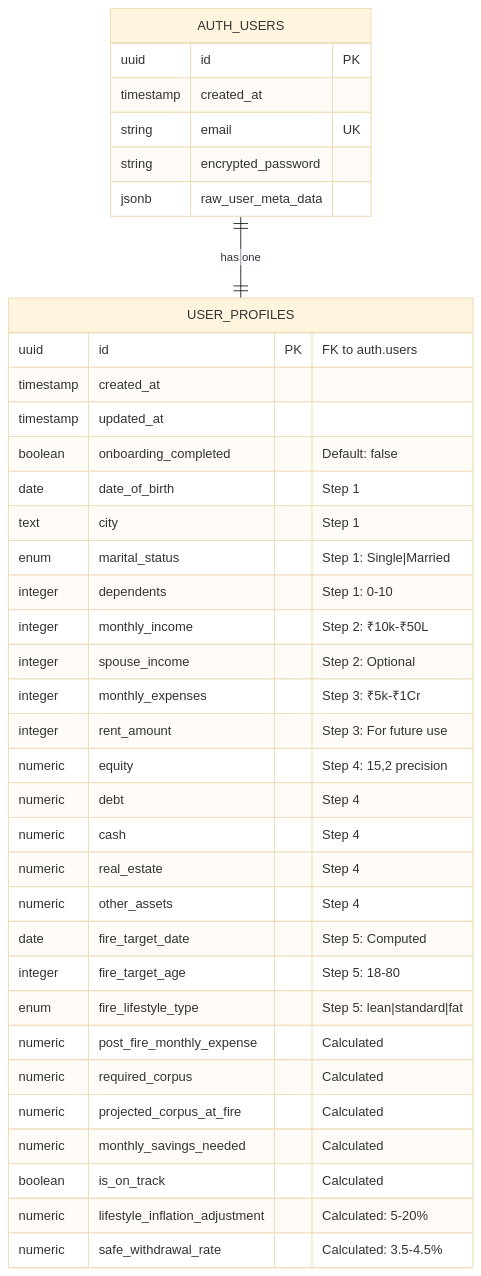
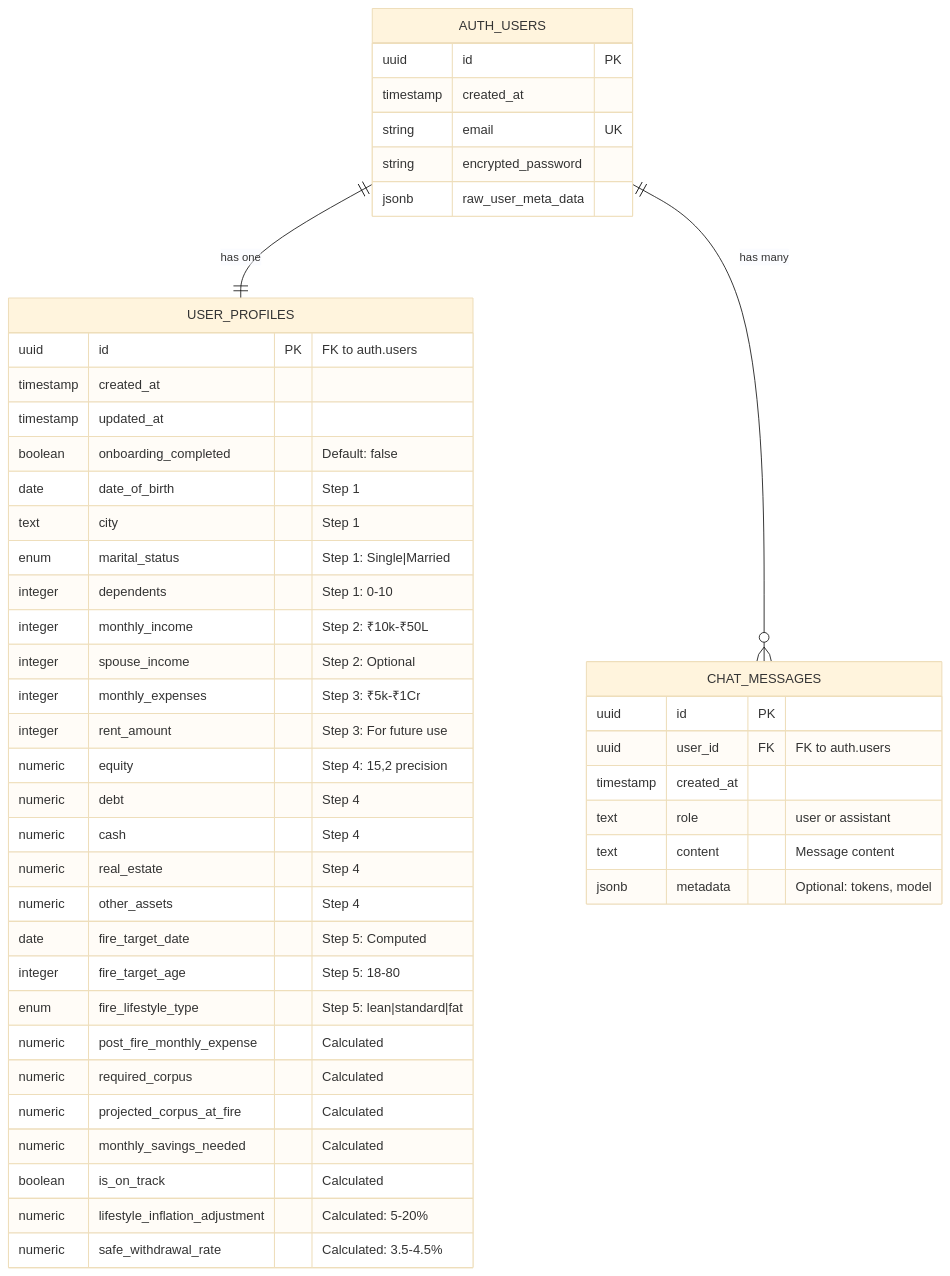
The fifth of 11 diagrams in docs/system-architecture-diagram.md (sjtinkerer-stack/firecfo-mvp), drawn with Mermaid (base theme) before and after one commit. The commit also changed other lines of this file, not shown here.

First line of the commit message:
Update architecture diagram to include AI Chat feature (v2.0)

````diff
--- a/docs/system-architecture-diagram.md
+++ b/docs/system-architecture-diagram.md
@@ -212,48 +283,58 @@
 ```mermaid
 erDiagram
     AUTH_USERS ||--|| USER_PROFILES : "has one"
+    AUTH_USERS ||--o{ CHAT_MESSAGES : "has many"
 
     AUTH_USERS {
         uuid id PK
         timestamp created_at
         string email UK
         string encrypted_password
         jsonb raw_user_meta_data
+    }
+
+    CHAT_MESSAGES {
+        uuid id PK
+        uuid user_id FK "FK to auth.users"
+        timestamp created_at
+        text role "user or assistant"
+        text content "Message content"
+        jsonb metadata "Optional: tokens, model"
     }
 
     USER_PROFILES {
         uuid id PK "FK to auth.users"
         timestamp created_at
         timestamp updated_at
         boolean onboarding_completed "Default: false"
 
         date date_of_birth "Step 1"
         text city "Step 1"
         enum marital_status "Step 1: Single|Married"
         integer dependents "Step 1: 0-10"
 
         integer monthly_income "Step 2: ₹10k-₹50L"
         integer spouse_income "Step 2: Optional"
 
         integer monthly_expenses "Step 3: ₹5k-₹1Cr"
         integer rent_amount "Step 3: For future use"
 
         numeric equity "Step 4: 15,2 precision"
         numeric debt "Step 4"
         numeric cash "Step 4"
         numeric real_estate "Step 4"
         numeric other_assets "Step 4"
 
         date fire_target_date "Step 5: Computed"
         integer fire_target_age "Step 5: 18-80"
         enum fire_lifestyle_type "Step 5: lean|standard|fat"
 
         numeric post_fire_monthly_expense "Calculated"
         numeric required_corpus "Calculated"
         numeric projected_corpus_at_fire "Calculated"
         numeric monthly_savings_needed "Calculated"
         boolean is_on_track "Calculated"
         numeric lifestyle_inflation_adjustment "Calculated: 5-20%"
         numeric safe_withdrawal_rate "Calculated: 3.5-4.5%"
     }
 ```
````
